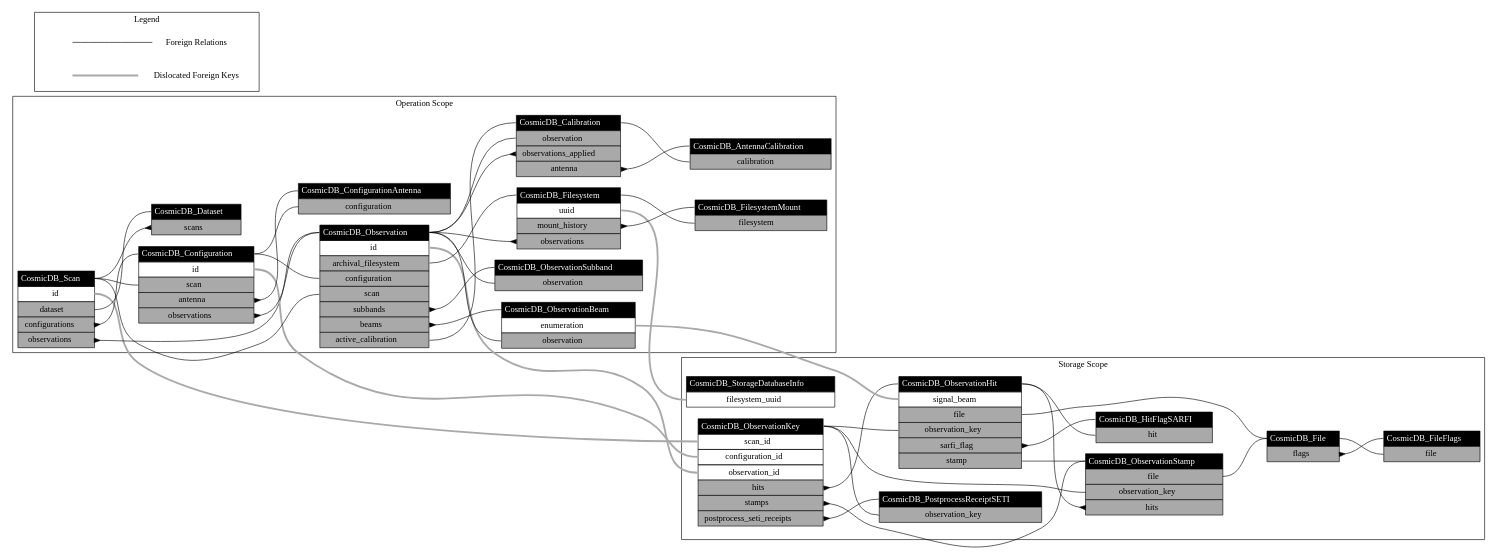
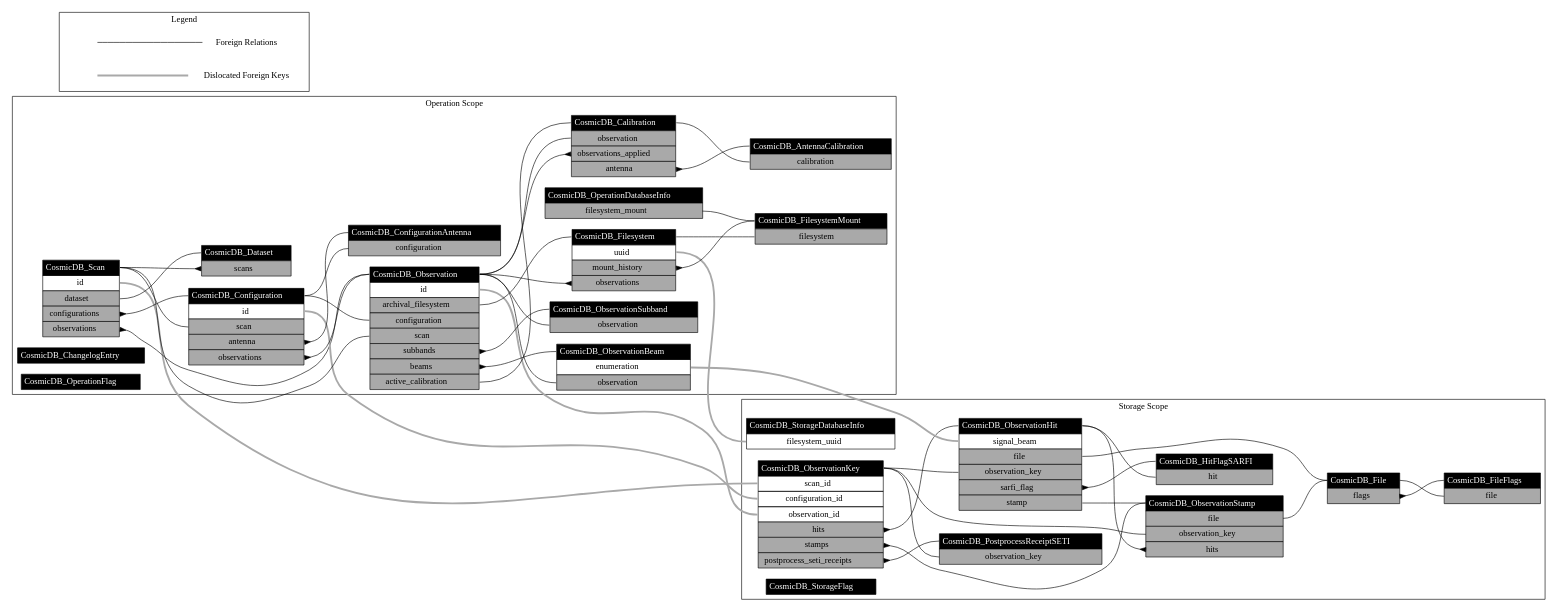
Before and after one commit to COSMIC-SETI/COSMIC-VLA-Database: the diagram in docs/entity_relationships.dot, drawn with Graphviz. The commit also changed 7 other files, not shown here.

```diff
--- a/docs/entity_relationships.dot
+++ b/docs/entity_relationships.dot
@@ -1,173 +1,187 @@
 digraph CosmicDB {
 layout=dot;
 nodesep=0.25;
 rankdir=LR;
 ranksep=1;
 CosmicDB_Scan:id:e -> CosmicDB_ObservationKey:scan_id:w  [arrowtail=none, color=darkgrey, dir=back, penwidth=3.0, weight=100];
 CosmicDB_Configuration:id:e -> CosmicDB_ObservationKey:configuration_id:w  [arrowtail=none, color=darkgrey, dir=back, penwidth=3.0, weight=100];
 CosmicDB_Observation:id:e -> CosmicDB_ObservationKey:observation_id:w  [arrowtail=none, color=darkgrey, dir=back, penwidth=3.0, weight=100];
 CosmicDB_ObservationBeam:enumeration:e -> CosmicDB_ObservationHit:signal_beam:w  [arrowtail=none, color=darkgrey, dir=back, penwidth=3.0, weight=100];
 CosmicDB_Filesystem:uuid:e -> CosmicDB_StorageDatabaseInfo:filesystem_uuid:w  [arrowtail=none, color=darkgrey, dir=back, penwidth=3.0, weight=100];
+CosmicDB_OperationDatabaseInfo:filesystem_mount -> CosmicDB_FilesystemMount:class  [arrowtail=none, dir=back];
 CosmicDB_Dataset:scans -> CosmicDB_Scan:class  [arrowtail=inv, dir=back];
 CosmicDB_Scan:dataset -> CosmicDB_Dataset:class  [arrowtail=none, dir=back];
 CosmicDB_Scan:configurations -> CosmicDB_Configuration:class  [arrowtail=inv, dir=back];
 CosmicDB_Scan:observations -> CosmicDB_Observation:class  [arrowtail=inv, dir=back];
 CosmicDB_Configuration:scan -> CosmicDB_Scan:class  [arrowtail=none, dir=back];
 CosmicDB_Configuration:antenna -> CosmicDB_ConfigurationAntenna:class  [arrowtail=inv, dir=back];
 CosmicDB_Configuration:observations -> CosmicDB_Observation:class  [arrowtail=inv, dir=back];
 CosmicDB_ConfigurationAntenna:configuration -> CosmicDB_Configuration:class  [arrowtail=none, dir=back];
 CosmicDB_Calibration:observation -> CosmicDB_Observation:class  [arrowtail=none, dir=back];
 CosmicDB_Calibration:observations_applied -> CosmicDB_Observation:class  [arrowtail=inv, dir=back];
 CosmicDB_Calibration:antenna -> CosmicDB_AntennaCalibration:class  [arrowtail=inv, dir=back];
 CosmicDB_AntennaCalibration:calibration -> CosmicDB_Calibration:class  [arrowtail=none, dir=back];
 CosmicDB_Observation:archival_filesystem -> CosmicDB_Filesystem:class  [arrowtail=none, dir=back];
 CosmicDB_Observation:configuration -> CosmicDB_Configuration:class  [arrowtail=none, dir=back];
 CosmicDB_Observation:scan -> CosmicDB_Scan:class  [arrowtail=none, dir=back];
 CosmicDB_Observation:subbands -> CosmicDB_ObservationSubband:class  [arrowtail=inv, dir=back];
 CosmicDB_Observation:beams -> CosmicDB_ObservationBeam:class  [arrowtail=inv, dir=back];
 CosmicDB_Observation:active_calibration -> CosmicDB_Calibration:class  [arrowtail=none, dir=back];
 CosmicDB_ObservationSubband:observation -> CosmicDB_Observation:class  [arrowtail=none, dir=back];
 CosmicDB_ObservationBeam:observation -> CosmicDB_Observation:class  [arrowtail=none, dir=back];
 CosmicDB_Filesystem:mount_history -> CosmicDB_FilesystemMount:class  [arrowtail=inv, dir=back];
 CosmicDB_Filesystem:observations -> CosmicDB_Observation:class  [arrowtail=inv, dir=back];
 CosmicDB_FilesystemMount:filesystem -> CosmicDB_Filesystem:class  [arrowtail=none, dir=back];
 CosmicDB_ObservationKey:hits -> CosmicDB_ObservationHit:class  [arrowtail=inv, dir=back];
 CosmicDB_ObservationKey:stamps -> CosmicDB_ObservationStamp:class  [arrowtail=inv, dir=back];
 CosmicDB_ObservationKey:postprocess_seti_receipts -> CosmicDB_PostprocessReceiptSETI:class  [arrowtail=inv, dir=back];
 CosmicDB_File:flags -> CosmicDB_FileFlags:class  [arrowtail=inv, dir=back];
 CosmicDB_FileFlags:file -> CosmicDB_File:class  [arrowtail=none, dir=back];
 CosmicDB_ObservationStamp:file -> CosmicDB_File:class  [arrowtail=none, dir=back];
 CosmicDB_ObservationStamp:observation_key -> CosmicDB_ObservationKey:class  [arrowtail=none, dir=back];
 CosmicDB_ObservationStamp:hits -> CosmicDB_ObservationHit:class  [arrowtail=inv, dir=back];
 CosmicDB_ObservationHit:file -> CosmicDB_File:class  [arrowtail=none, dir=back];
 CosmicDB_ObservationHit:observation_key -> CosmicDB_ObservationKey:class  [arrowtail=none, dir=back];
 CosmicDB_ObservationHit:sarfi_flag -> CosmicDB_HitFlagSARFI:class  [arrowtail=inv, dir=back];
 CosmicDB_ObservationHit:stamp -> CosmicDB_ObservationStamp:class  [arrowtail=none, dir=back];
 CosmicDB_HitFlagSARFI:hit -> CosmicDB_ObservationHit:class  [arrowtail=none, dir=back];
 CosmicDB_PostprocessReceiptSETI:observation_key -> CosmicDB_ObservationKey:class  [arrowtail=none, dir=back];
 subgraph Operation {
 cluster=True;
 label="Operation Scope";
 CosmicDB_Scan [label=<<table border="0" cellborder="1" cellspacing="0" cellpadding="4">
 	<tr><td bgcolor="black" port="class"><font color="white">CosmicDB_Scan</font></td></tr>
 	<tr><td port="id">id</td></tr>
 	<tr><td bgcolor="darkgrey" port="dataset">dataset</td></tr>
 	<tr><td bgcolor="darkgrey" port="configurations">configurations</td></tr>
 	<tr><td bgcolor="darkgrey" port="observations">observations</td></tr>
 </table>>, shape=plain];
 CosmicDB_Configuration [label=<<table border="0" cellborder="1" cellspacing="0" cellpadding="4">
 	<tr><td bgcolor="black" port="class"><font color="white">CosmicDB_Configuration</font></td></tr>
 	<tr><td port="id">id</td></tr>
 	<tr><td bgcolor="darkgrey" port="scan">scan</td></tr>
 	<tr><td bgcolor="darkgrey" port="antenna">antenna</td></tr>
 	<tr><td bgcolor="darkgrey" port="observations">observations</td></tr>
 </table>>, shape=plain];
 CosmicDB_Observation [label=<<table border="0" cellborder="1" cellspacing="0" cellpadding="4">
 	<tr><td bgcolor="black" port="class"><font color="white">CosmicDB_Observation</font></td></tr>
 	<tr><td port="id">id</td></tr>
 	<tr><td bgcolor="darkgrey" port="archival_filesystem">archival_filesystem</td></tr>
 	<tr><td bgcolor="darkgrey" port="configuration">configuration</td></tr>
 	<tr><td bgcolor="darkgrey" port="scan">scan</td></tr>
 	<tr><td bgcolor="darkgrey" port="subbands">subbands</td></tr>
 	<tr><td bgcolor="darkgrey" port="beams">beams</td></tr>
 	<tr><td bgcolor="darkgrey" port="active_calibration">active_calibration</td></tr>
 </table>>, shape=plain];
 CosmicDB_ObservationBeam [label=<<table border="0" cellborder="1" cellspacing="0" cellpadding="4">
 	<tr><td bgcolor="black" port="class"><font color="white">CosmicDB_ObservationBeam</font></td></tr>
 	<tr><td port="enumeration">enumeration</td></tr>
 	<tr><td bgcolor="darkgrey" port="observation">observation</td></tr>
 </table>>, shape=plain];
 CosmicDB_Filesystem [label=<<table border="0" cellborder="1" cellspacing="0" cellpadding="4">
 	<tr><td bgcolor="black" port="class"><font color="white">CosmicDB_Filesystem</font></td></tr>
 	<tr><td port="uuid">uuid</td></tr>
 	<tr><td bgcolor="darkgrey" port="mount_history">mount_history</td></tr>
 	<tr><td bgcolor="darkgrey" port="observations">observations</td></tr>
 </table>>, shape=plain];
+CosmicDB_OperationDatabaseInfo [label=<<table border="0" cellborder="1" cellspacing="0" cellpadding="4">
+	<tr><td bgcolor="black" port="class"><font color="white">CosmicDB_OperationDatabaseInfo</font></td></tr>
+	<tr><td bgcolor="darkgrey" port="filesystem_mount">filesystem_mount</td></tr>
+</table>>, shape=plain];
 CosmicDB_Dataset [label=<<table border="0" cellborder="1" cellspacing="0" cellpadding="4">
 	<tr><td bgcolor="black" port="class"><font color="white">CosmicDB_Dataset</font></td></tr>
 	<tr><td bgcolor="darkgrey" port="scans">scans</td></tr>
 </table>>, shape=plain];
 CosmicDB_ConfigurationAntenna [label=<<table border="0" cellborder="1" cellspacing="0" cellpadding="4">
 	<tr><td bgcolor="black" port="class"><font color="white">CosmicDB_ConfigurationAntenna</font></td></tr>
 	<tr><td bgcolor="darkgrey" port="configuration">configuration</td></tr>
 </table>>, shape=plain];
 CosmicDB_Calibration [label=<<table border="0" cellborder="1" cellspacing="0" cellpadding="4">
 	<tr><td bgcolor="black" port="class"><font color="white">CosmicDB_Calibration</font></td></tr>
 	<tr><td bgcolor="darkgrey" port="observation">observation</td></tr>
 	<tr><td bgcolor="darkgrey" port="observations_applied">observations_applied</td></tr>
 	<tr><td bgcolor="darkgrey" port="antenna">antenna</td></tr>
 </table>>, shape=plain];
 CosmicDB_AntennaCalibration [label=<<table border="0" cellborder="1" cellspacing="0" cellpadding="4">
 	<tr><td bgcolor="black" port="class"><font color="white">CosmicDB_AntennaCalibration</font></td></tr>
 	<tr><td bgcolor="darkgrey" port="calibration">calibration</td></tr>
 </table>>, shape=plain];
 CosmicDB_ObservationSubband [label=<<table border="0" cellborder="1" cellspacing="0" cellpadding="4">
 	<tr><td bgcolor="black" port="class"><font color="white">CosmicDB_ObservationSubband</font></td></tr>
 	<tr><td bgcolor="darkgrey" port="observation">observation</td></tr>
 </table>>, shape=plain];
 CosmicDB_FilesystemMount [label=<<table border="0" cellborder="1" cellspacing="0" cellpadding="4">
 	<tr><td bgcolor="black" port="class"><font color="white">CosmicDB_FilesystemMount</font></td></tr>
 	<tr><td bgcolor="darkgrey" port="filesystem">filesystem</td></tr>
+</table>>, shape=plain];
+CosmicDB_ChangelogEntry [label=<<table border="0" cellborder="1" cellspacing="0" cellpadding="4">
+	<tr><td bgcolor="black" port="class"><font color="white">CosmicDB_ChangelogEntry</font></td></tr>
+</table>>, shape=plain];
+CosmicDB_OperationFlag [label=<<table border="0" cellborder="1" cellspacing="0" cellpadding="4">
+	<tr><td bgcolor="black" port="class"><font color="white">CosmicDB_OperationFlag</font></td></tr>
 </table>>, shape=plain];
 }
 
 subgraph Storage {
 cluster=True;
 label="Storage Scope";
 CosmicDB_ObservationKey [label=<<table border="0" cellborder="1" cellspacing="0" cellpadding="4">
 	<tr><td bgcolor="black" port="class"><font color="white">CosmicDB_ObservationKey</font></td></tr>
 	<tr><td port="scan_id">scan_id</td></tr>
 	<tr><td port="configuration_id">configuration_id</td></tr>
 	<tr><td port="observation_id">observation_id</td></tr>
 	<tr><td bgcolor="darkgrey" port="hits">hits</td></tr>
 	<tr><td bgcolor="darkgrey" port="stamps">stamps</td></tr>
 	<tr><td bgcolor="darkgrey" port="postprocess_seti_receipts">postprocess_seti_receipts</td></tr>
 </table>>, shape=plain];
 CosmicDB_ObservationHit [label=<<table border="0" cellborder="1" cellspacing="0" cellpadding="4">
 	<tr><td bgcolor="black" port="class"><font color="white">CosmicDB_ObservationHit</font></td></tr>
 	<tr><td port="signal_beam">signal_beam</td></tr>
 	<tr><td bgcolor="darkgrey" port="file">file</td></tr>
 	<tr><td bgcolor="darkgrey" port="observation_key">observation_key</td></tr>
 	<tr><td bgcolor="darkgrey" port="sarfi_flag">sarfi_flag</td></tr>
 	<tr><td bgcolor="darkgrey" port="stamp">stamp</td></tr>
 </table>>, shape=plain];
 CosmicDB_StorageDatabaseInfo [label=<<table border="0" cellborder="1" cellspacing="0" cellpadding="4">
 	<tr><td bgcolor="black" port="class"><font color="white">CosmicDB_StorageDatabaseInfo</font></td></tr>
 	<tr><td port="filesystem_uuid">filesystem_uuid</td></tr>
 </table>>, shape=plain];
 CosmicDB_File [label=<<table border="0" cellborder="1" cellspacing="0" cellpadding="4">
 	<tr><td bgcolor="black" port="class"><font color="white">CosmicDB_File</font></td></tr>
 	<tr><td bgcolor="darkgrey" port="flags">flags</td></tr>
 </table>>, shape=plain];
 CosmicDB_FileFlags [label=<<table border="0" cellborder="1" cellspacing="0" cellpadding="4">
 	<tr><td bgcolor="black" port="class"><font color="white">CosmicDB_FileFlags</font></td></tr>
 	<tr><td bgcolor="darkgrey" port="file">file</td></tr>
 </table>>, shape=plain];
 CosmicDB_ObservationStamp [label=<<table border="0" cellborder="1" cellspacing="0" cellpadding="4">
 	<tr><td bgcolor="black" port="class"><font color="white">CosmicDB_ObservationStamp</font></td></tr>
 	<tr><td bgcolor="darkgrey" port="file">file</td></tr>
 	<tr><td bgcolor="darkgrey" port="observation_key">observation_key</td></tr>
 	<tr><td bgcolor="darkgrey" port="hits">hits</td></tr>
 </table>>, shape=plain];
 CosmicDB_HitFlagSARFI [label=<<table border="0" cellborder="1" cellspacing="0" cellpadding="4">
 	<tr><td bgcolor="black" port="class"><font color="white">CosmicDB_HitFlagSARFI</font></td></tr>
 	<tr><td bgcolor="darkgrey" port="hit">hit</td></tr>
 </table>>, shape=plain];
 CosmicDB_PostprocessReceiptSETI [label=<<table border="0" cellborder="1" cellspacing="0" cellpadding="4">
 	<tr><td bgcolor="black" port="class"><font color="white">CosmicDB_PostprocessReceiptSETI</font></td></tr>
 	<tr><td bgcolor="darkgrey" port="observation_key">observation_key</td></tr>
 </table>>, shape=plain];
+CosmicDB_StorageFlag [label=<<table border="0" cellborder="1" cellspacing="0" cellpadding="4">
+	<tr><td bgcolor="black" port="class"><font color="white">CosmicDB_StorageFlag</font></td></tr>
+</table>>, shape=plain];
 }
 
 subgraph legend {
 cluster=True;
 label="Legend";
 "Foreign Relations_0" [label="", shape=none];
 "Foreign Relations_1" [label="Foreign Relations", shape=none];
 "Foreign Relations_0" -> "Foreign Relations_1"  [arrowtail=none, color=black, dir=back];
 "Dislocated Foreign Keys_0" [label="", shape=none];
 "Dislocated Foreign Keys_1" [label="Dislocated Foreign Keys", shape=none];
 "Dislocated Foreign Keys_0" -> "Dislocated Foreign Keys_1"  [arrowtail=none, color=darkgrey, dir=back, penwidth=3.0];
 }
 
 }
```
